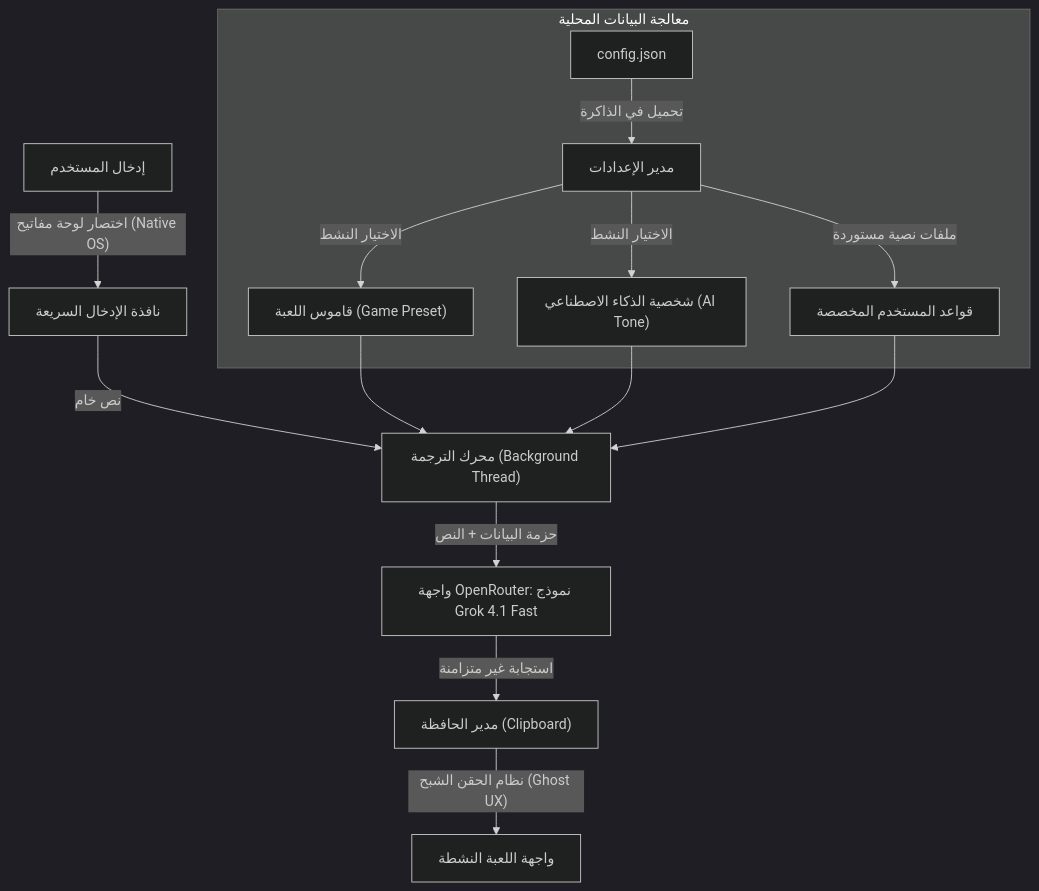
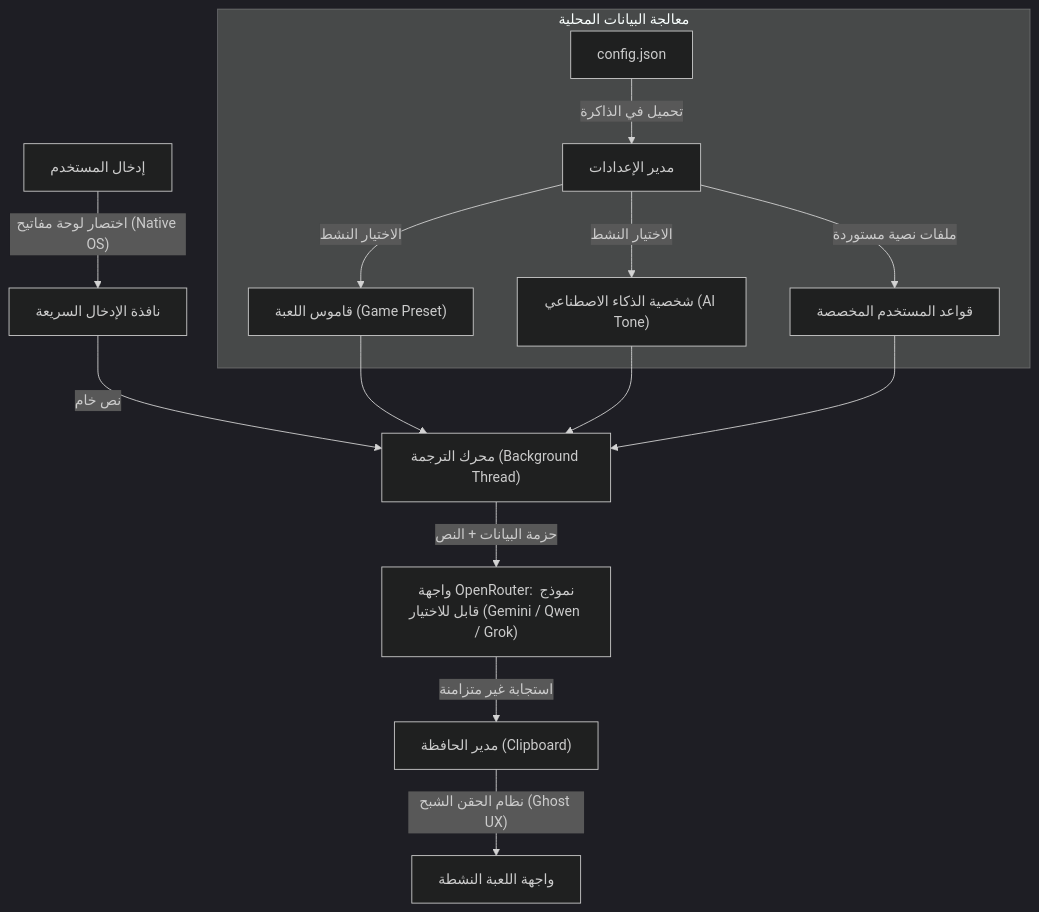
Before and after one commit to kenshln47/TRANSLATION-BRIDGE: the diagram in README.md, drawn with Mermaid (dark theme). The commit also changed other lines of this file and 8 other files, not shown here.

````diff
--- a/README.md
+++ b/README.md
@@ -100,20 +100,20 @@
 ```mermaid
 graph TD
     A["إدخال المستخدم"] -->|"اختصار لوحة مفاتيح (Native OS)"| B["نافذة الإدخال السريعة"]
     B -->|"نص خام"| C["محرك الترجمة (Background Thread)"]
     
     subgraph معالجة البيانات المحلية
     D["config.json"] -->|"تحميل في الذاكرة"| E["مدير الإعدادات"]
     E -->|"الاختيار النشط"| F["قاموس اللعبة (Game Preset)"]
     E -->|"الاختيار النشط"| G["شخصية الذكاء الاصطناعي (AI Tone)"]
     E -->|"ملفات نصية مستوردة"| H["قواعد المستخدم المخصصة"]
     end
     
     F --> C
     G --> C
     H --> C
     
-    C -->|"حزمة البيانات + النص"| I["واجهة OpenRouter: نموذج Grok 4.1 Fast"]
+    C -->|"حزمة البيانات + النص"| I["واجهة OpenRouter: نموذج قابل للاختيار (Gemini / Qwen / Grok)"]
     I -->|"استجابة غير متزامنة"| J["مدير الحافظة (Clipboard)"]
     J -->|"نظام الحقن الشبح (Ghost UX)"| K["واجهة اللعبة النشطة"]
 ```
````
